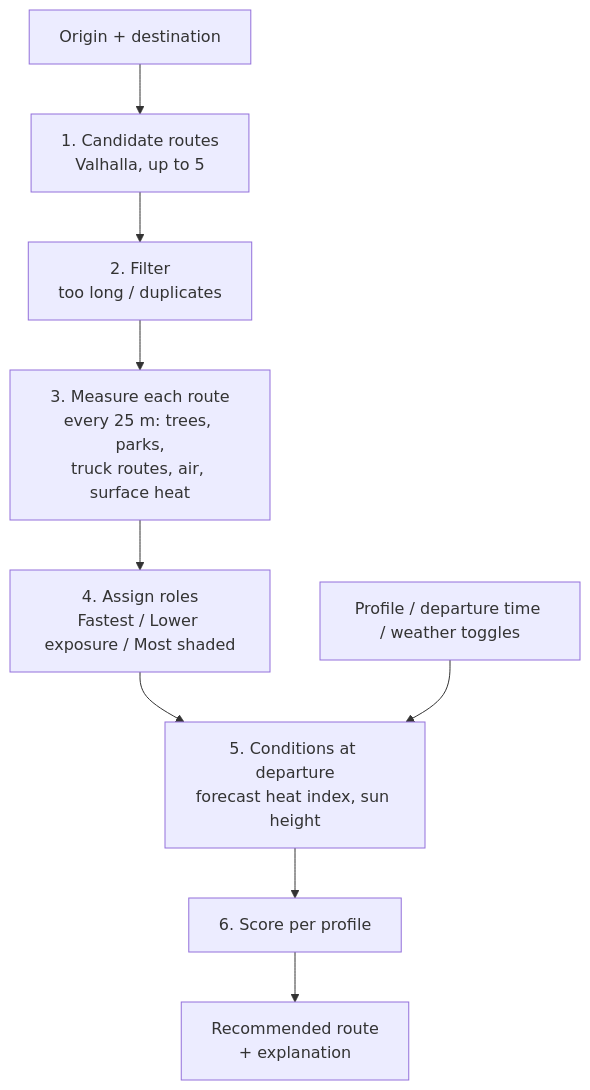
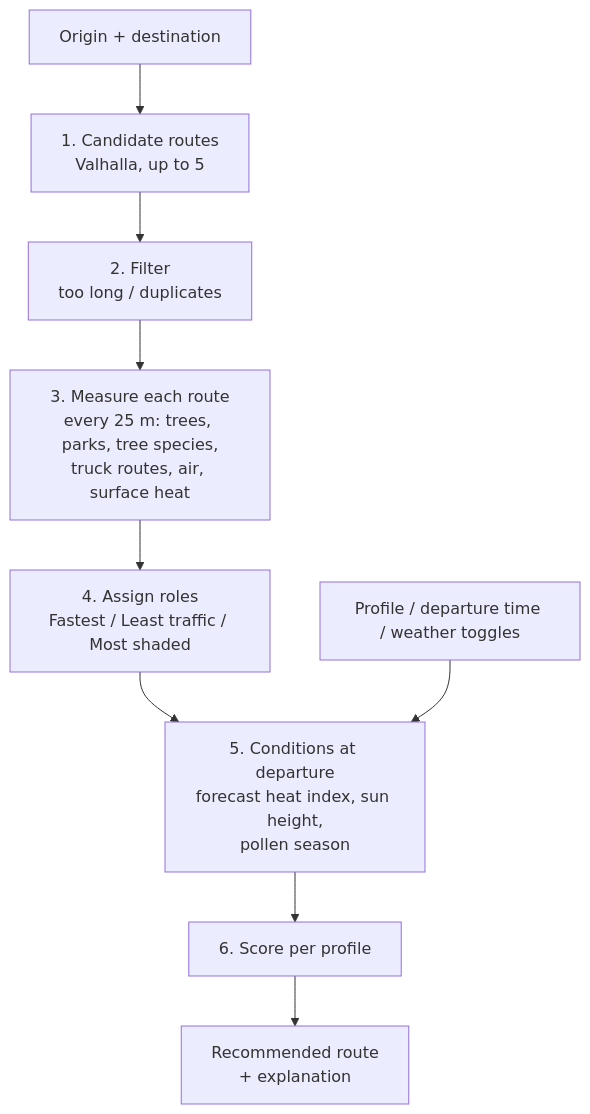
One commit to JessicaDJ0807/health-climate-map changed the diagram in docs/HOW-IT-WORKS.md. Above: the diagram before and after it, drawn with Mermaid. The commit also changed other lines of this file and 307 other files, not shown here.

````diff
--- a/docs/HOW-IT-WORKS.md
+++ b/docs/HOW-IT-WORKS.md
@@ -17,11 +17,11 @@
 ```mermaid
 flowchart TD
   A[Origin + destination] --> B[1. Candidate routes<br/>Valhalla, up to 5]
   B --> C[2. Filter<br/>too long / duplicates]
-  C --> D[3. Measure each route<br/>every 25 m: trees, parks,<br/>truck routes, air, surface heat]
-  D --> E[4. Assign roles<br/>Fastest / Lower exposure / Most shaded]
-  E --> F[5. Conditions at departure<br/>forecast heat index, sun height]
+  C --> D[3. Measure each route<br/>every 25 m: trees, parks, tree species,<br/>truck routes, air, surface heat]
+  D --> E[4. Assign roles<br/>Fastest / Least traffic / Most shaded]
+  E --> F[5. Conditions at departure<br/>forecast heat index, sun height,<br/>pollen season]
   F --> G[6. Score per profile]
   G --> H[Recommended route<br/>+ explanation]
   P[Profile / departure time / weather toggles] --> F
 ```
````
